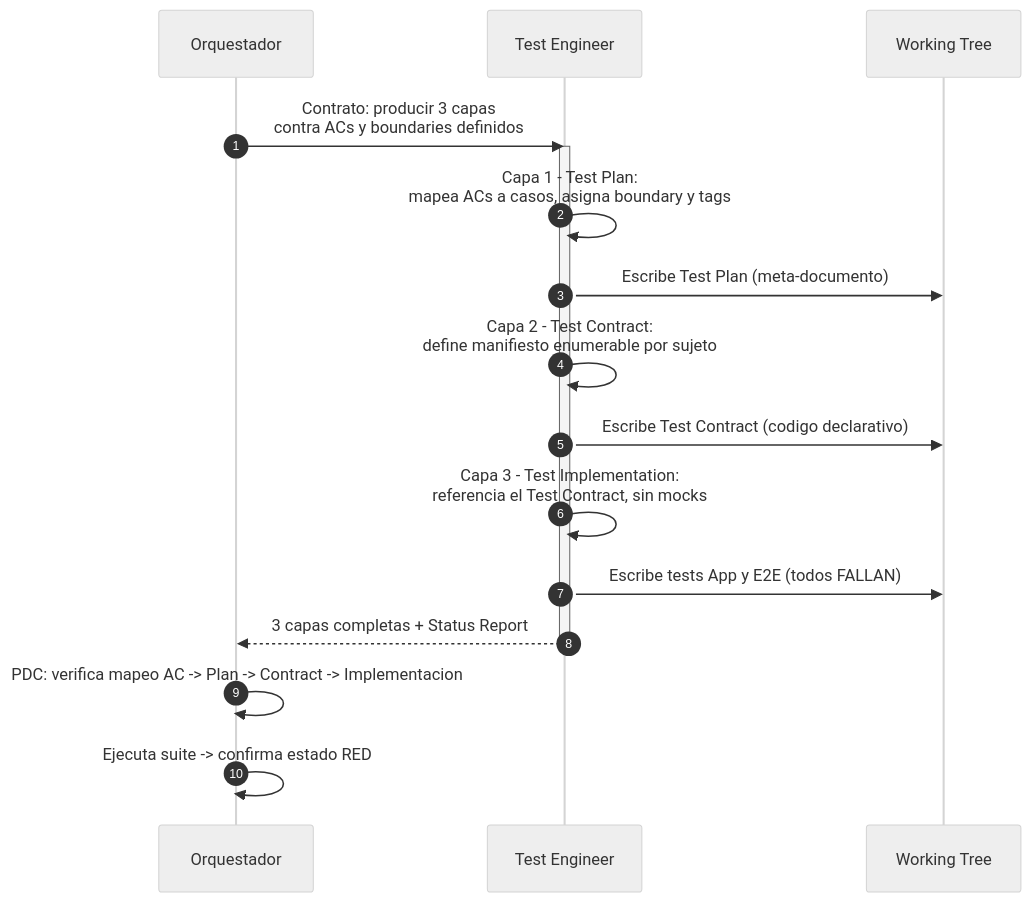
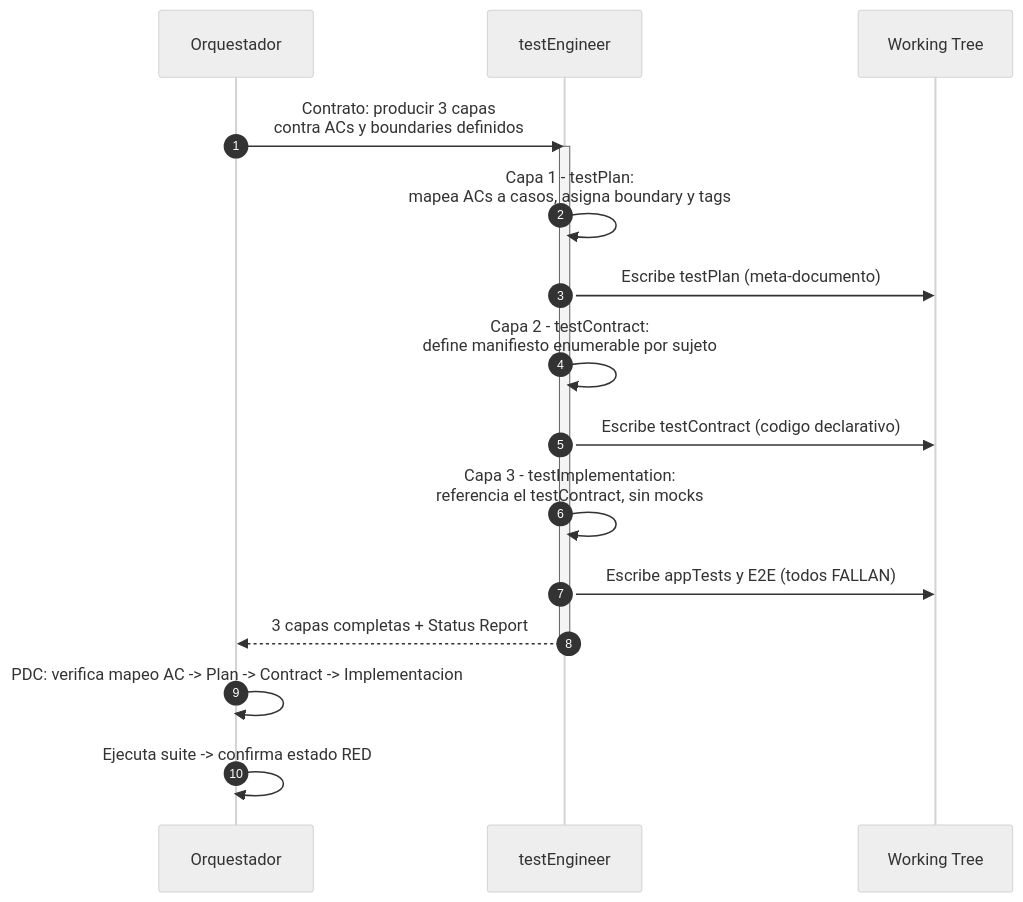
The second of 10 diagrams in docs/execution/red.md (virgenherrera/idea-to-mvp), drawn with Mermaid (neutral theme) before and after one commit. The commit also changed other lines of this file and 30 other files, not shown here.

````diff
--- a/docs/execution/red.md
+++ b/docs/execution/red.md
@@ -122,21 +143,21 @@
 ```mermaid
 sequenceDiagram
     autonumber
     participant OE as Orquestador
-    participant TE as Test Engineer
+    participant TE as testEngineer
     participant REPO as Working Tree
 
     OE->>TE: Contrato: producir 3 capas<br/>contra ACs y boundaries definidos
     activate TE
-    TE->>TE: Capa 1 - Test Plan:<br/>mapea ACs a casos, asigna boundary y tags
-    TE->>REPO: Escribe Test Plan (meta-documento)
-    TE->>TE: Capa 2 - Test Contract:<br/>define manifiesto enumerable por sujeto
-    TE->>REPO: Escribe Test Contract (codigo declarativo)
-    TE->>TE: Capa 3 - Test Implementation:<br/>referencia el Test Contract, sin mocks
-    TE->>REPO: Escribe tests App y E2E (todos FALLAN)
+    TE->>TE: Capa 1 - testPlan:<br/>mapea ACs a casos, asigna boundary y tags
+    TE->>REPO: Escribe testPlan (meta-documento)
+    TE->>TE: Capa 2 - testContract:<br/>define manifiesto enumerable por sujeto
+    TE->>REPO: Escribe testContract (codigo declarativo)
+    TE->>TE: Capa 3 - testImplementation:<br/>referencia el testContract, sin mocks
+    TE->>REPO: Escribe appTests y E2E (todos FALLAN)
     TE-->>OE: 3 capas completas + Status Report
     deactivate TE
 
     OE->>OE: PDC: verifica mapeo AC -> Plan -> Contract -> Implementacion
     OE->>OE: Ejecuta suite -> confirma estado RED
 ```
````
